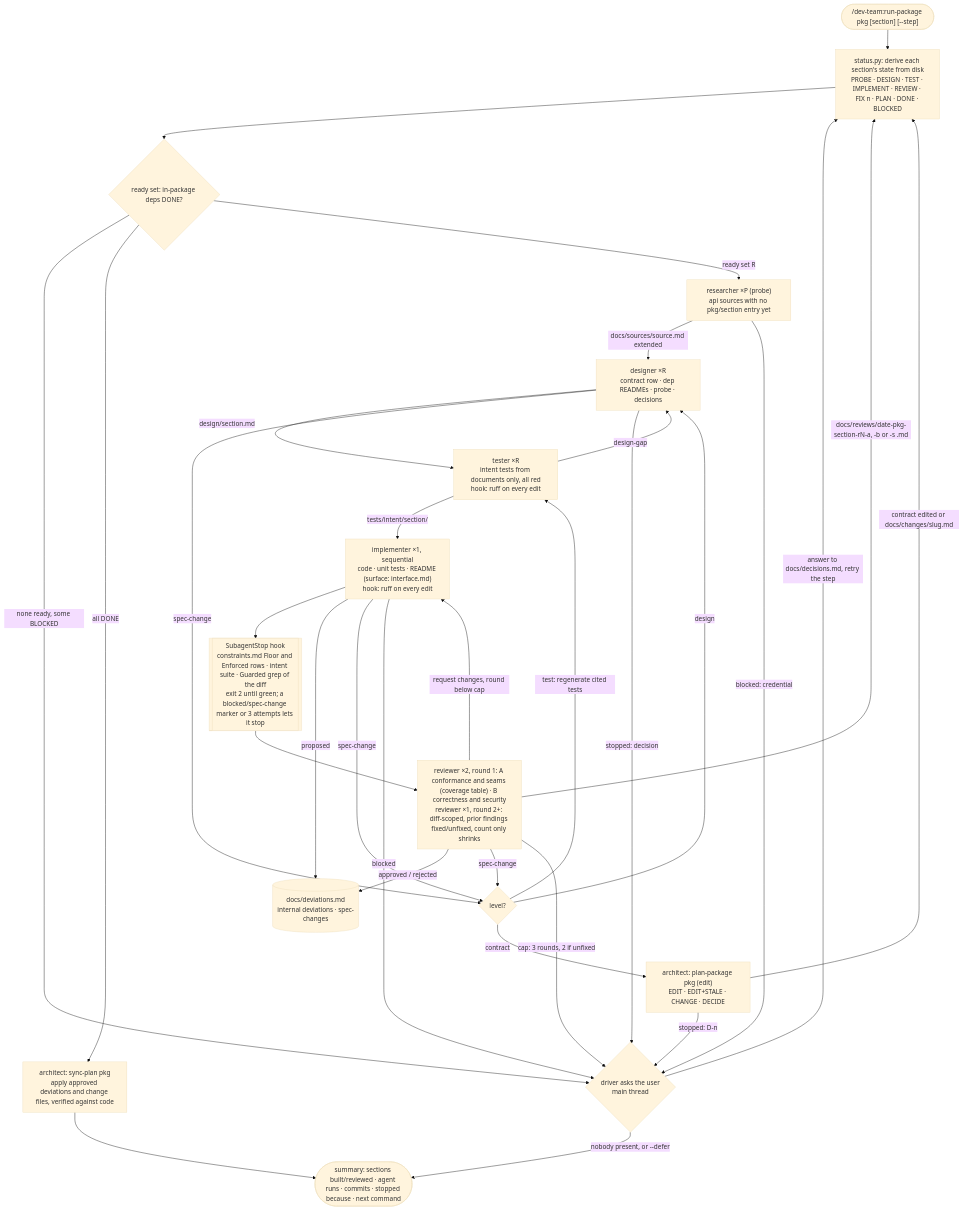
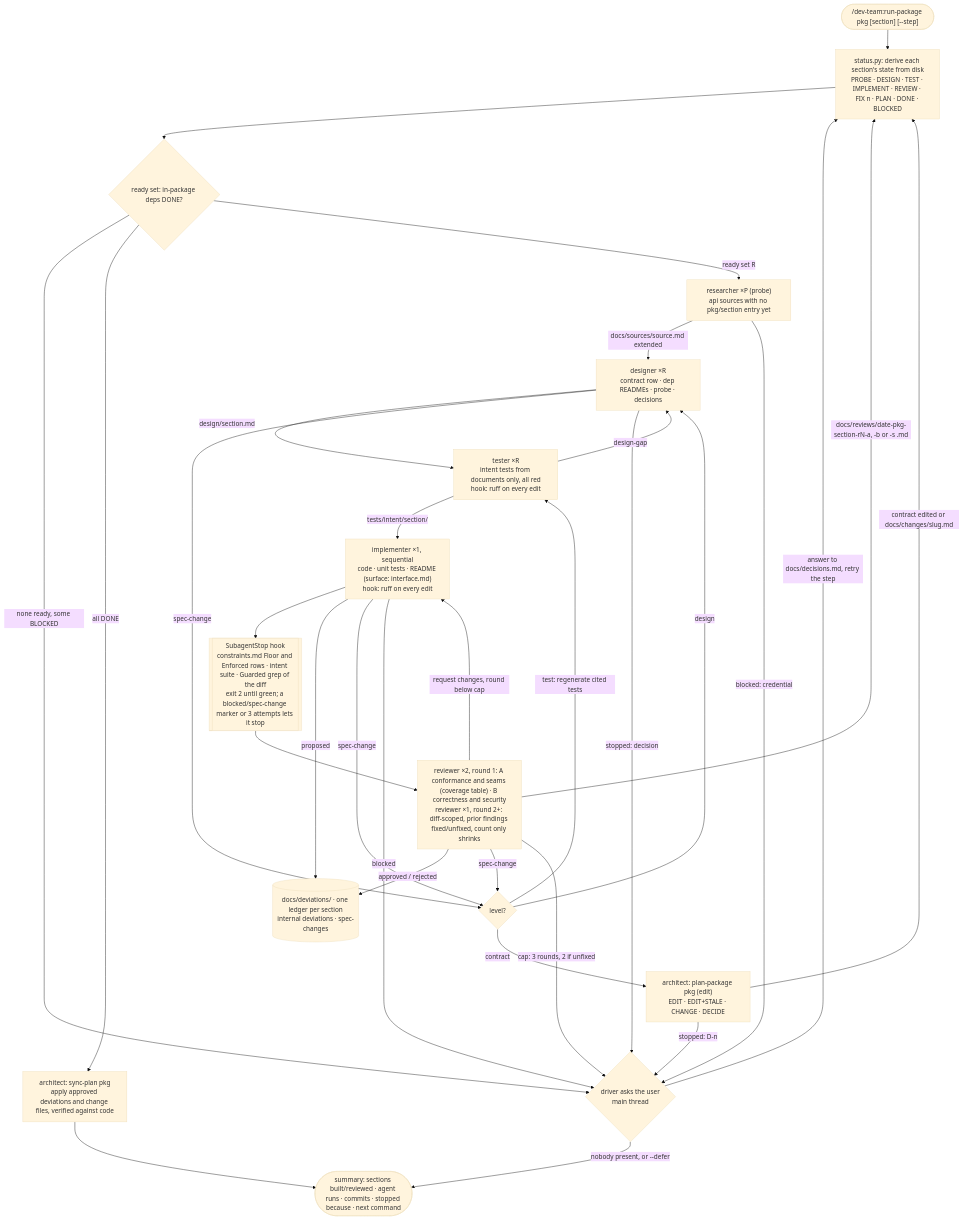
One commit to cott435/cott-plugins changed the second of 3 diagrams in dev-team/site/flow.md. Above: the diagram before and after it, drawn with Mermaid (base theme). The commit also changed other lines of this file and 58 other files, not shown here.

First line of the commit message:
dev-team: one ledger per section; spec-changes from reports; the rest of the audit

````diff
--- a/dev-team/site/flow.md
+++ b/dev-team/site/flow.md
@@ -49,33 +49,33 @@
 ```mermaid
 flowchart TB
   CMD(["/dev-team:run-package pkg [section] [--step]"]) --> STATE["status.py: derive each section's state from disk<br/>PROBE · DESIGN · TEST · IMPLEMENT · REVIEW · FIX n · PLAN · DONE · BLOCKED"]
   STATE --> READY{"ready set: in-package deps DONE?"}
   READY -->|"none ready, some BLOCKED"| ASK
   READY -->|"all DONE"| SYNC["architect: sync-plan pkg<br/>apply approved deviations and change files, verified against code"]
   READY -->|"ready set R"| PROBE["researcher ×P (probe)<br/>api sources with no pkg/section entry yet"]
   PROBE -->|"docs/sources/source.md extended"| DESIGN["designer ×R<br/>contract row · dep READMEs · probe · decisions"]
   DESIGN -->|"design/section.md"| TEST["tester ×R<br/>intent tests from documents only, all red<br/>hook: ruff on every edit"]
   TEST -->|"design-gap"| DESIGN
   TEST -->|"tests/intent/section/"| IMPL["implementer ×1, sequential<br/>code · unit tests · README (surface: interface.md)<br/>hook: ruff on every edit"]
   IMPL --> GATE[["SubagentStop hook<br/>constraints.md Floor and Enforced rows · intent suite · Guarded grep of the diff<br/>exit 2 until green; a blocked/spec-change marker or 3 attempts lets it stop"]]
   GATE --> REVIEW["reviewer ×2, round 1: A conformance and seams (coverage table) · B correctness and security<br/>reviewer ×1, round 2+: diff-scoped, prior findings fixed/unfixed, count only shrinks"]
   REVIEW -->|"docs/reviews/date-pkg-section-rN-a, -b or -s .md"| STATE
   REVIEW -->|"request changes, round below cap"| IMPL
-  IMPL -->|"proposed"| DEV[("docs/deviations.md<br/>internal deviations · spec-changes")]
+  IMPL -->|"proposed"| DEV[("docs/deviations/ · one ledger per section<br/>internal deviations · spec-changes")]
   REVIEW -->|"approved / rejected"| DEV
   DESIGN -->|"spec-change"| LEVEL
   IMPL -->|"spec-change"| LEVEL
   REVIEW -->|"spec-change"| LEVEL{"level?"}
   LEVEL -->|"test: regenerate cited tests"| TEST
   LEVEL -->|"design"| DESIGN
   LEVEL -->|"contract"| ARCH["architect: plan-package pkg (edit)<br/>EDIT · EDIT+STALE · CHANGE · DECIDE"]
   ARCH -->|"contract edited or docs/changes/slug.md"| STATE
   ARCH -->|"stopped: D-n"| ASK{"driver asks the user<br/>main thread"}
   PROBE -->|"blocked: credential"| ASK
   DESIGN -->|"stopped: decision"| ASK
   IMPL -->|"blocked"| ASK
   REVIEW -->|"cap: 3 rounds, 2 if unfixed"| ASK
   ASK -->|"answer to docs/decisions.md, retry the step"| STATE
   ASK -->|"nobody present, or --defer"| SUM(["summary: sections built/reviewed · agent runs · commits · stopped because · next command"])
   SYNC --> SUM
 ```
````
